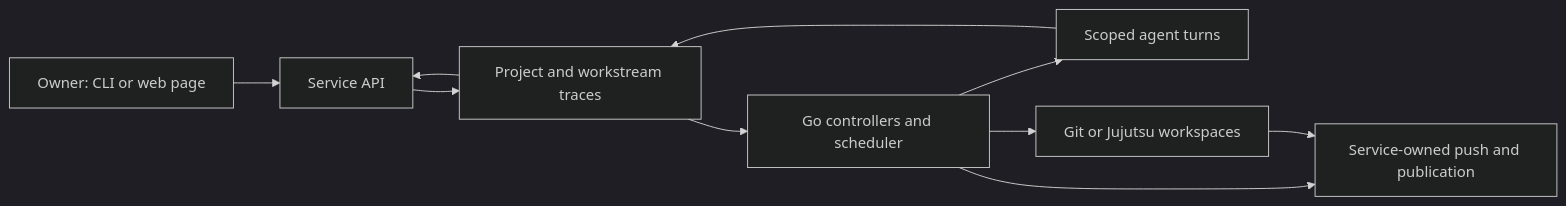
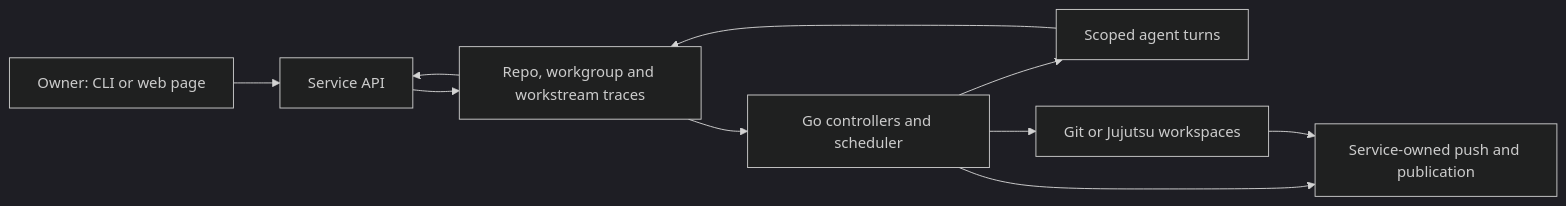
The diagram in docs/architecture.md (kpenfound/osmia), drawn with Mermaid (dark theme) before and after one commit. The commit also changed other lines of this file and 229 other files, not shown here.

````diff
--- a/docs/architecture.md
+++ b/docs/architecture.md
@@ -9,12 +9,12 @@
 ```mermaid
 flowchart LR
     Owner[Owner: CLI or web page] --> API[Service API]
-    API --> Trace[Project and workstream traces]
+    API --> Trace[Repo, workgroup and workstream traces]
     Trace --> Controllers[Go controllers and scheduler]
     Controllers --> Turns[Scoped agent turns]
     Turns --> Trace
     Controllers --> Workspaces[Git or Jujutsu workspaces]
     Controllers --> Delivery[Service-owned push and publication]
     Workspaces --> Delivery
     Trace --> API
 ```
````
